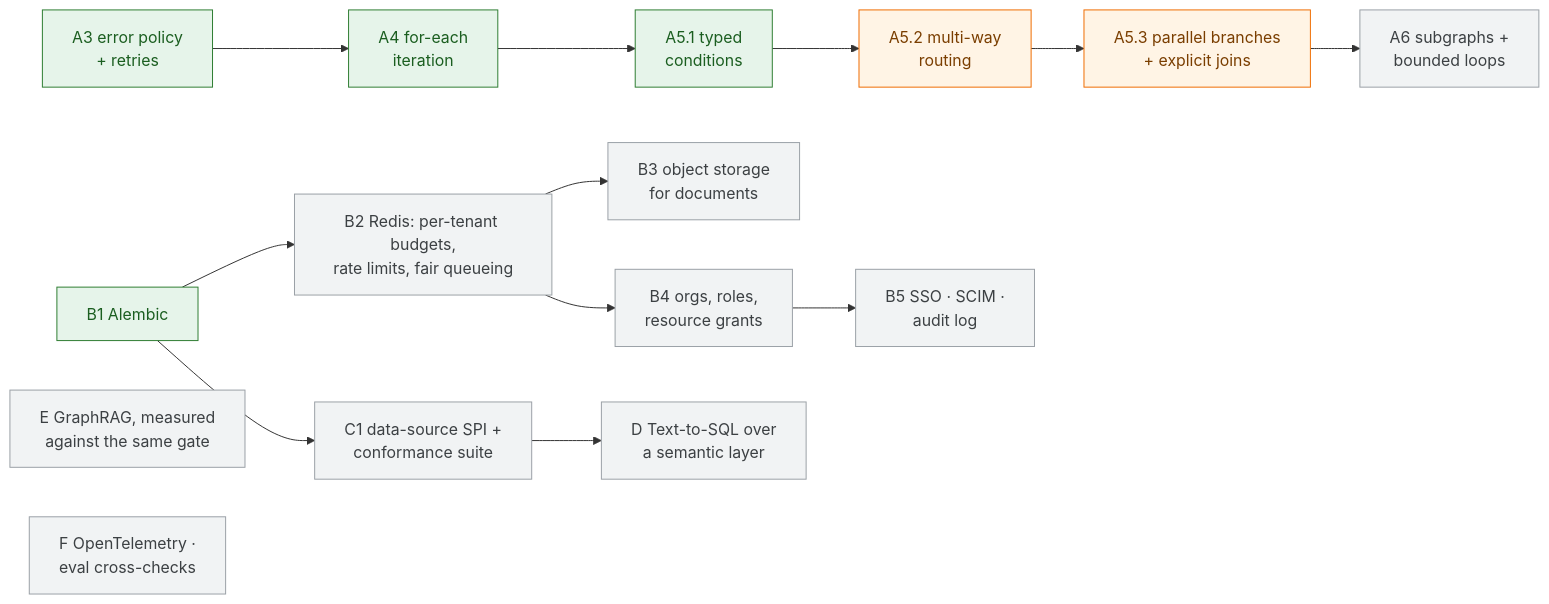
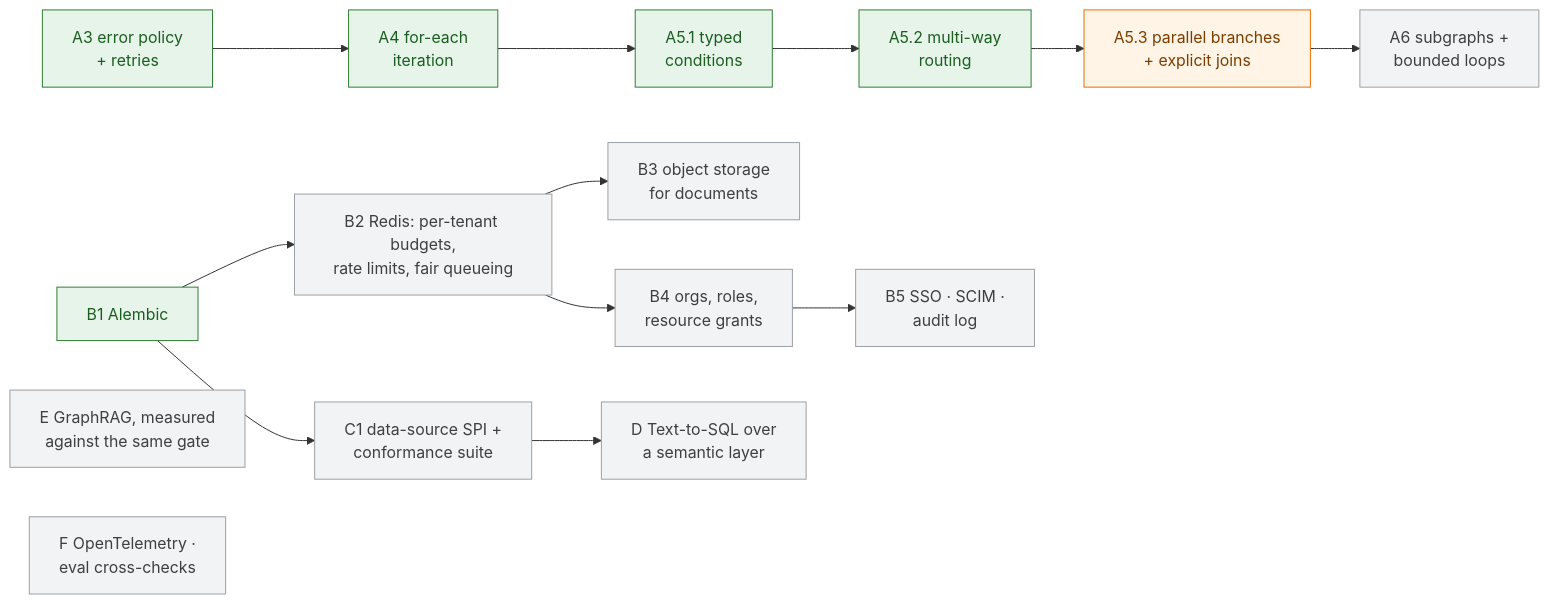
One commit to SoumithReddy6/Enterprise-No-Code-Agentic-AI-Workflow-Platform changed the seventh of 7 diagrams in README.md. Above: the diagram before and after it, drawn with Mermaid. The commit also changed other lines of this file and 10 other files, not shown here.

````diff
--- a/README.md
+++ b/README.md
@@ -403,15 +425,15 @@
 ```mermaid
 flowchart LR
     classDef done fill:#e6f4ea,stroke:#2e7d32,color:#1b5e20
     classDef next fill:#fff4e5,stroke:#ef6c00,color:#7a3e00
     classDef later fill:#f1f3f4,stroke:#9aa0a6,color:#3c4043
 
     A3["A3 error policy<br/>+ retries"]:::done --> A4["A4 for-each<br/>iteration"]:::done --> A51["A5.1 typed<br/>conditions"]:::done
-    A51 --> A52["A5.2 multi-way<br/>routing"]:::next --> A53["A5.3 parallel branches<br/>+ explicit joins"]:::next --> A6["A6 subgraphs +<br/>bounded loops"]:::later
+    A51 --> A52["A5.2 multi-way<br/>routing"]:::done --> A53["A5.3 parallel branches<br/>+ explicit joins"]:::next --> A6["A6 subgraphs +<br/>bounded loops"]:::later
     B1["B1 Alembic"]:::done --> B2["B2 Redis: per-tenant budgets,<br/>rate limits, fair queueing"]:::later
     B2 --> B3["B3 object storage<br/>for documents"]:::later
     B2 --> B4["B4 orgs, roles,<br/>resource grants"]:::later --> B5["B5 SSO · SCIM ·<br/>audit log"]:::later
     B1 --> C1["C1 data-source SPI +<br/>conformance suite"]:::later --> D["D Text-to-SQL over<br/>a semantic layer"]:::later
     E["E GraphRAG, measured<br/>against the same gate"]:::later
     F["F OpenTelemetry ·<br/>eval cross-checks"]:::later
 ```
````
